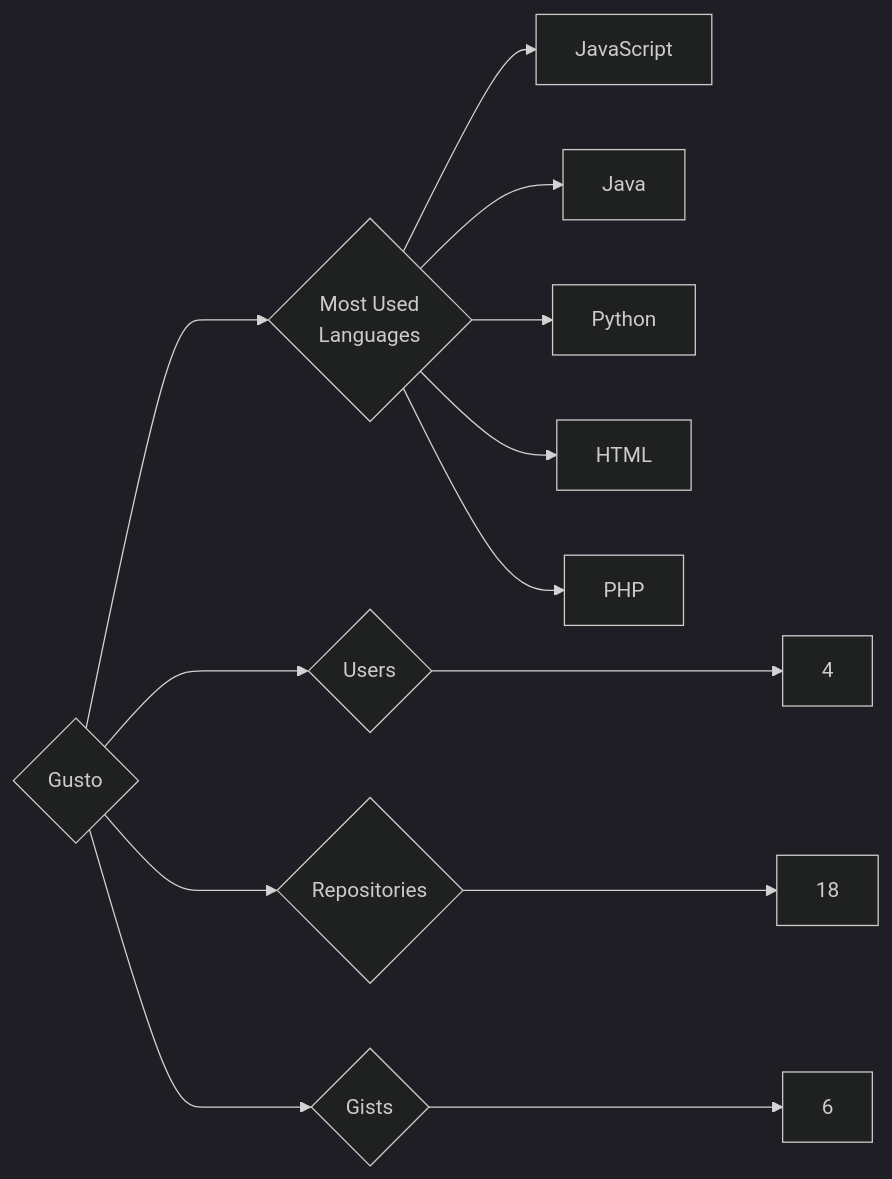
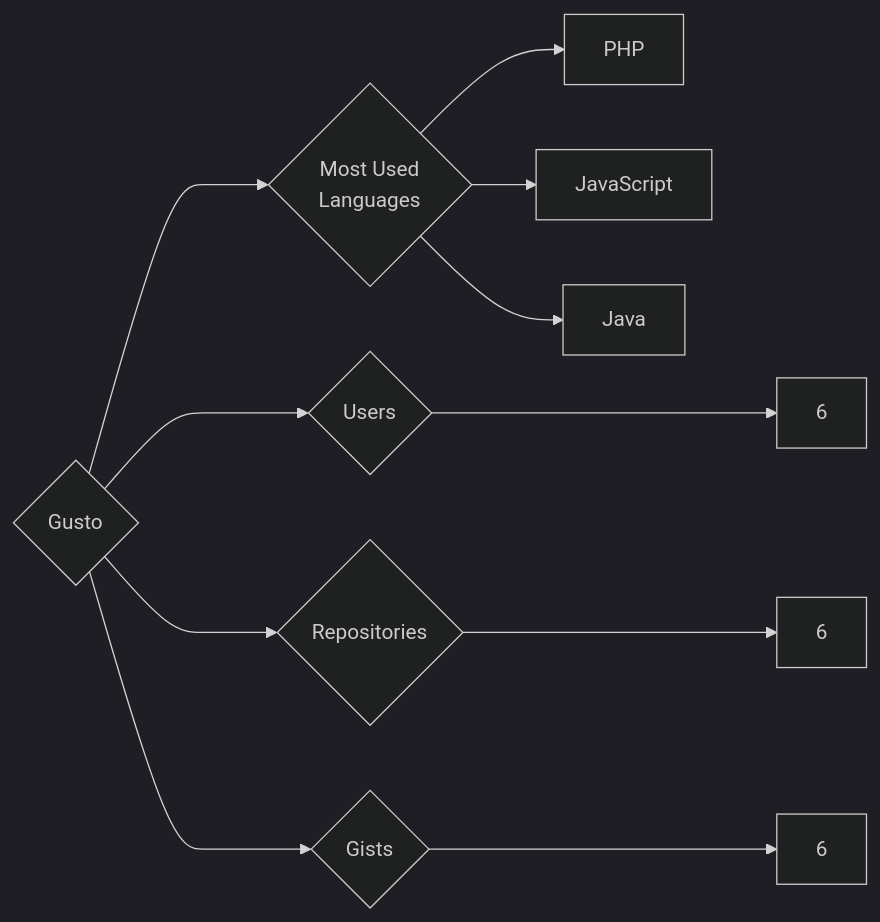
One commit to trickest/insiders changed the diagram in targets/Gusto/README.md. Above: the diagram before and after it, drawn with Mermaid (dark theme). The commit also changed 1166 other files, not shown here.

````diff
--- a/targets/Gusto/README.md
+++ b/targets/Gusto/README.md
@@ -3,13 +3,11 @@
 ```mermaid
 graph LR
 COMPANY_NAME{Gusto}
-COMPANY_NAME ---> U{Users} ---> UN[4]
-COMPANY_NAME ---> R{Repositories} ---> RN[18]
+COMPANY_NAME ---> U{Users} ---> UN[6]
+COMPANY_NAME ---> R{Repositories} ---> RN[6]
 COMPANY_NAME ---> G{Gists} ---> GN[6]
 COMPANY_NAME ---> ML{Most Used<br>Languages}
+ML --> PHP[PHP]
 ML --> JavaScript[JavaScript]
 ML --> Java[Java]
-ML --> Python[Python]
-ML --> HTML[HTML]
-ML --> PHP[PHP]
 ```
````
